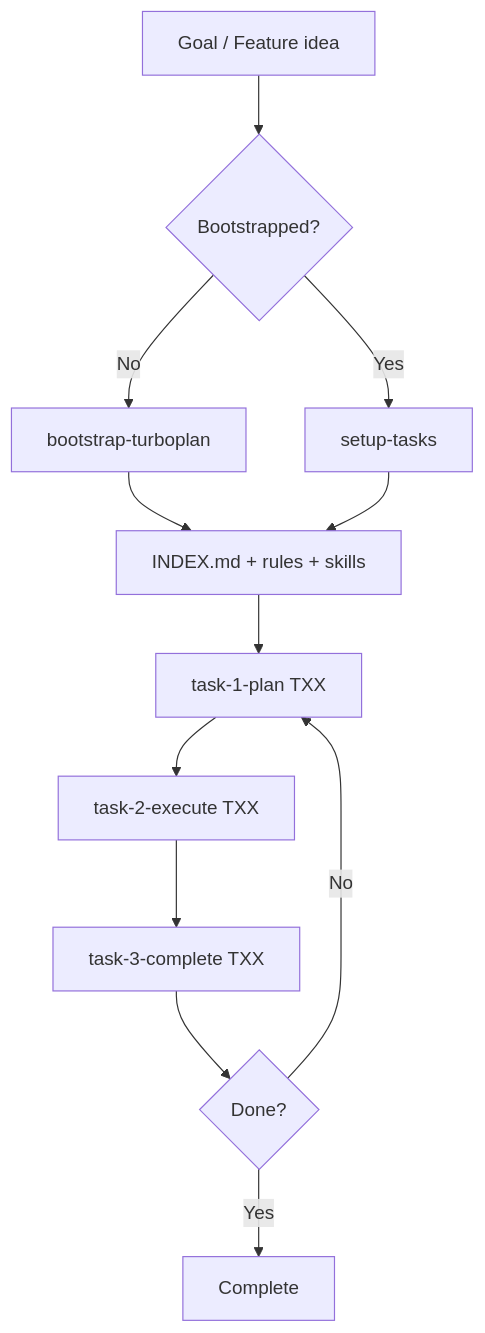
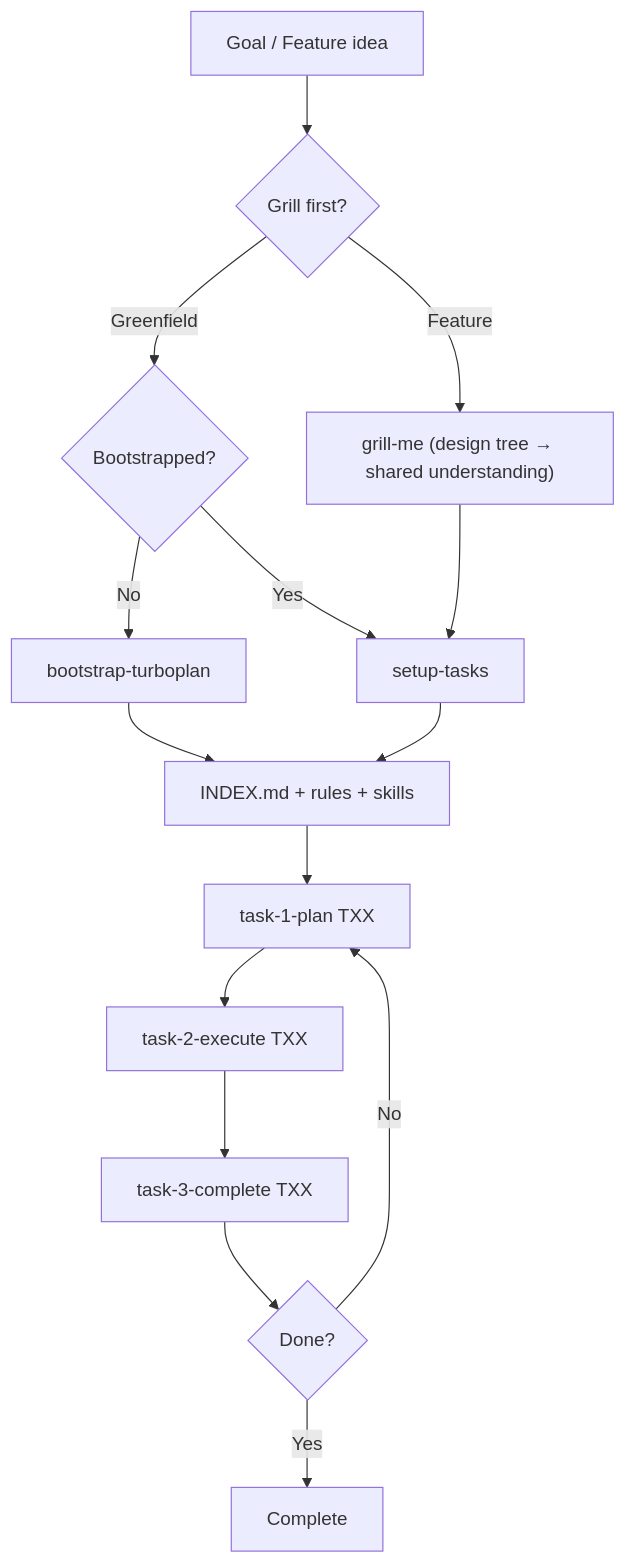
One commit to commoddity/turboplan changed the first of 2 diagrams in METHODOLOGY.md. Above: the diagram before and after it, drawn with Mermaid. The commit also changed other lines of this file and 13 other files, not shown here.

````diff
--- a/METHODOLOGY.md
+++ b/METHODOLOGY.md
@@ -27,14 +27,17 @@
 ```mermaid
 flowchart TD
-    A[Goal / Feature idea] --> B{Bootstrapped?}
+    A[Goal / Feature idea] --> GA{Grill first?}
+    GA -->|Feature| GR["grill-me (design tree → shared understanding)"]
+    GA -->|Greenfield| B{Bootstrapped?}
     B -->|No| C[bootstrap-turboplan]
     B -->|Yes| D[setup-tasks]
+    GR --> D
     C --> E["INDEX.md + rules + skills"]
     D --> E
     E --> F["task-1-plan TXX"]
     F --> G["task-2-execute TXX"]
     G --> H["task-3-complete TXX"]
     H --> I{Done?}
     I -->|No| F
     I -->|Yes| J[Complete]
 ```
````
